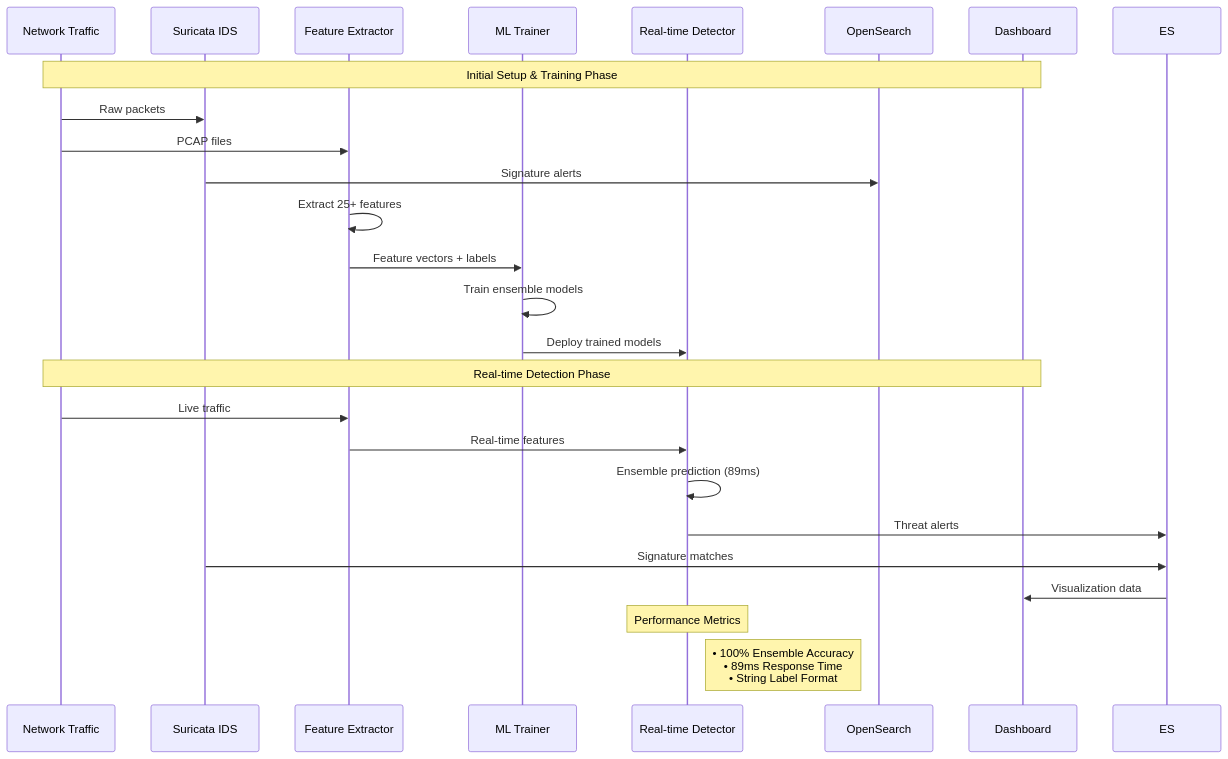
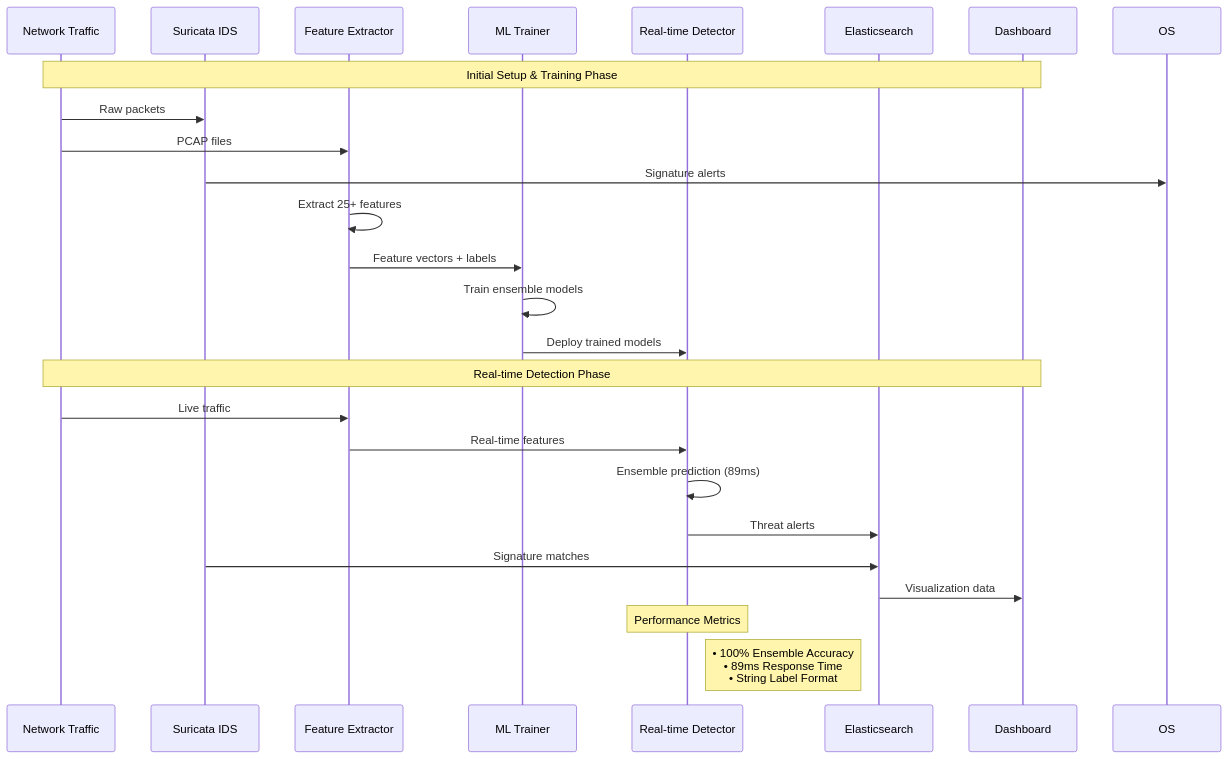
One commit to holdennguyen/suricata-ml-ids changed the fourth of 5 diagrams in README.md. Above: the diagram before and after it, drawn with Mermaid. The commit also changed other lines of this file and 4 other files, not shown here.

````diff
--- a/README.md
+++ b/README.md
@@ -184,30 +184,30 @@
 ```mermaid
 sequenceDiagram
     participant T as Network Traffic
     participant S as Suricata IDS
     participant FE as Feature Extractor
     participant ML as ML Trainer
     participant RD as Real-time Detector
-    participant OS as OpenSearch
+    participant ES as Elasticsearch
     participant D as Dashboard
     
     Note over T,D: Initial Setup & Training Phase
     T->>S: Raw packets
     T->>FE: PCAP files
     S->>OS: Signature alerts
     FE->>FE: Extract 25+ features
     FE->>ML: Feature vectors + labels
     ML->>ML: Train ensemble models
     ML->>RD: Deploy trained models
     
     Note over T,D: Real-time Detection Phase
     T->>FE: Live traffic
     FE->>RD: Real-time features
     RD->>RD: Ensemble prediction (89ms)
     RD->>ES: Threat alerts
     S->>ES: Signature matches
     ES->>D: Visualization data
     
     Note over RD: Performance Metrics
     Note right of RD: • 100% Ensemble Accuracy<br/>• 89ms Response Time<br/>• String Label Format
 ```
````
